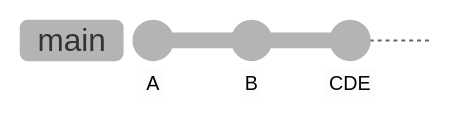
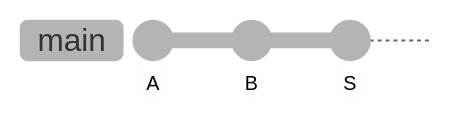
The third of 5 diagrams in books/git-github-tutorial/13_pull-request.md (kwaka1208/zenn), drawn with Mermaid (neutral theme) before and after one commit. The commit also changed other lines of this file and 17 other files, not shown here.

````diff
--- a/books/git-github-tutorial/13_pull-request.md
+++ b/books/git-github-tutorial/13_pull-request.md
@@ -245,7 +252,7 @@
 ```mermaid
 %%{init: {'gitGraph': {'rotateCommitLabel': false}}}%%
 gitGraph
     commit id: "A"
     commit id: "B"
-    commit id: "CDE"
+    commit id: "S"
 ```
````
